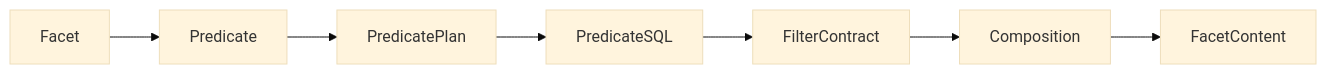
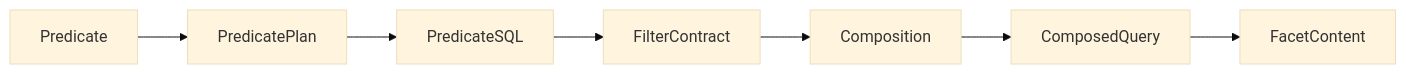
Before and after one commit to humlab-sead/sead_query_api: the first of 18 diagrams in docs/GLOSSARY.md, drawn with Mermaid (base theme). The commit also changed other lines of this file, not shown here.

````diff
--- a/docs/GLOSSARY.md
+++ b/docs/GLOSSARY.md
@@ -27,11 +88,14 @@
 ```mermaid
 flowchart LR
 
-    Facet --> Predicate
     Predicate --> PredicatePlan
     PredicatePlan --> PredicateSQL
 
     PredicateSQL --> FilterContract
+
     FilterContract --> Composition
-    Composition --> FacetContent
+
+    Composition --> ComposedQuery
+
+    ComposedQuery --> FacetContent
 ```
````
